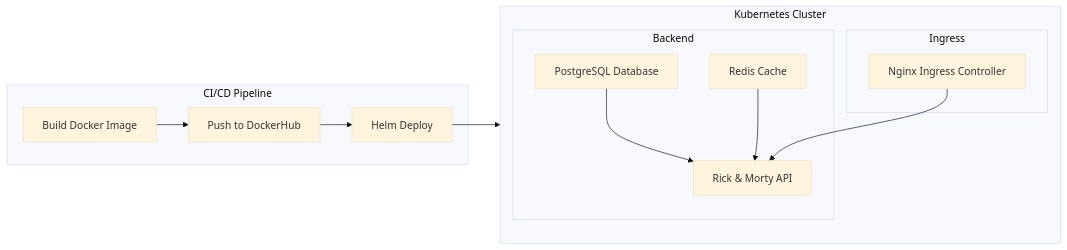
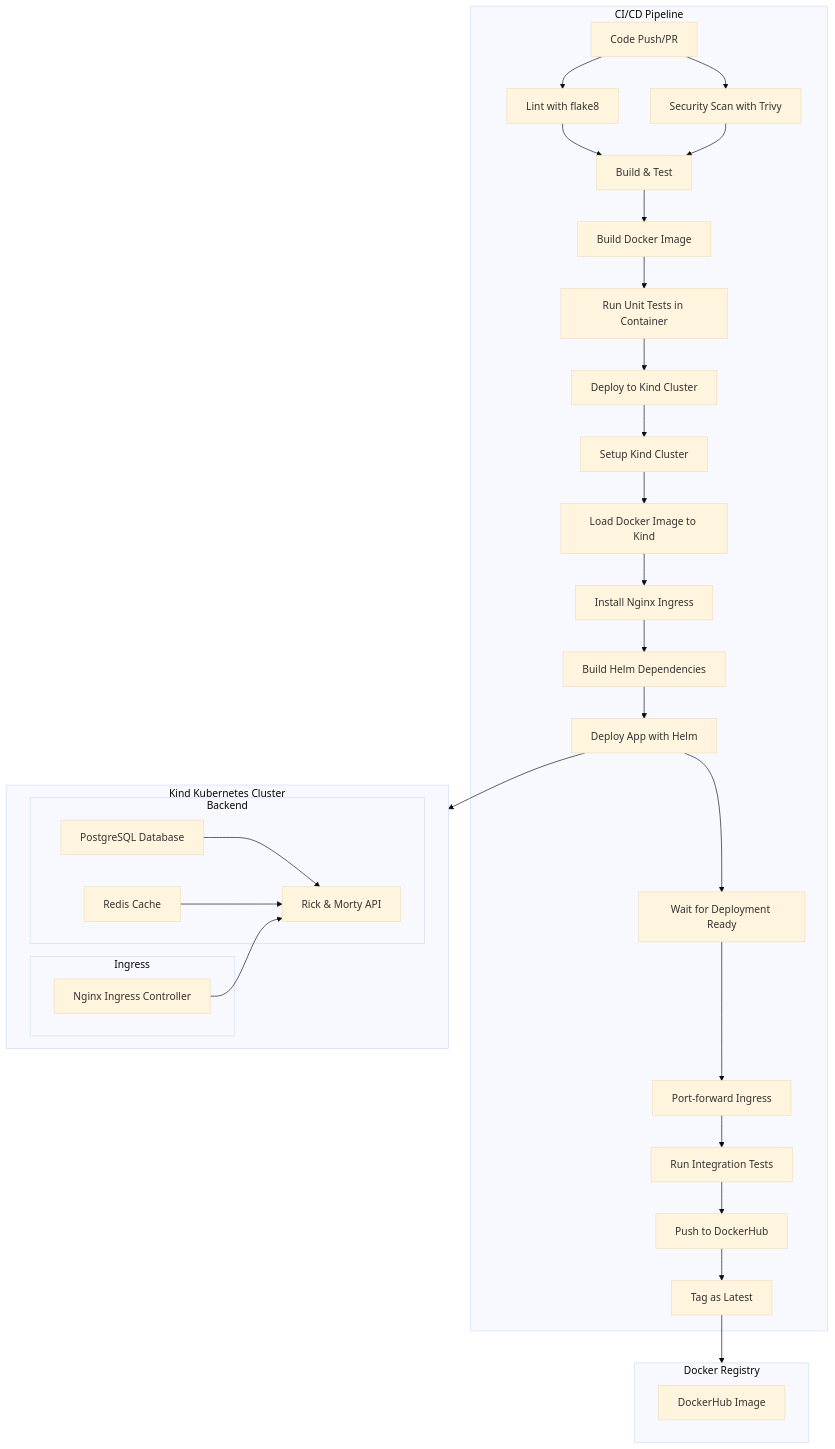
Before and after one commit to andriifedotov/rick_and_morty_cicd_demoapp: the diagram in README.md, drawn with Mermaid (base theme).

````diff
--- a/README.md
+++ b/README.md
@@ -9,17 +9,43 @@
 ```mermaid
-flowchart LR
+flowchart TD
     subgraph CI["CI/CD Pipeline"]
-        A[Build Docker Image] --> B[Push to DockerHub]
-        B --> C[Helm Deploy]
+        A[Code Push/PR] --> B[Lint with flake8]
+        A --> C[Security Scan with Trivy]
+        
+        B --> D[Build & Test]
+        C --> D
+        
+        D --> E[Build Docker Image]
+        E --> F[Run Unit Tests in Container]
+        
+        F --> G[Deploy to Kind Cluster]
+        G --> H[Setup Kind Cluster]
+        H --> I[Load Docker Image to Kind]
+        I --> J[Install Nginx Ingress]
+        J --> K[Build Helm Dependencies]
+        K --> L[Deploy App with Helm]
+        L --> M[Wait for Deployment Ready]
+        M --> N[Port-forward Ingress]
+        N --> O[Run Integration Tests]
+        
+        O --> P[Push to DockerHub]
+        P --> Q[Tag as Latest]
     end
-    subgraph K8S["Kubernetes Cluster"]
+    
+    subgraph K8S["Kind Kubernetes Cluster"]
         subgraph Backend
-            D[PostgreSQL Database] --> E[Rick & Morty API]
-            F[Redis Cache] --> E
+            R[PostgreSQL Database] --> S[Rick & Morty API]
+            T[Redis Cache] --> S
         end
         subgraph Ingress
-            G[Nginx Ingress Controller] --> E
+            U[Nginx Ingress Controller] --> S
         end
     end
-    C --> K8S
+    
+    subgraph Registry["Docker Registry"]
+        V[DockerHub Image]
+    end
+    
+    L --> K8S
+    Q --> Registry
 ```
````
